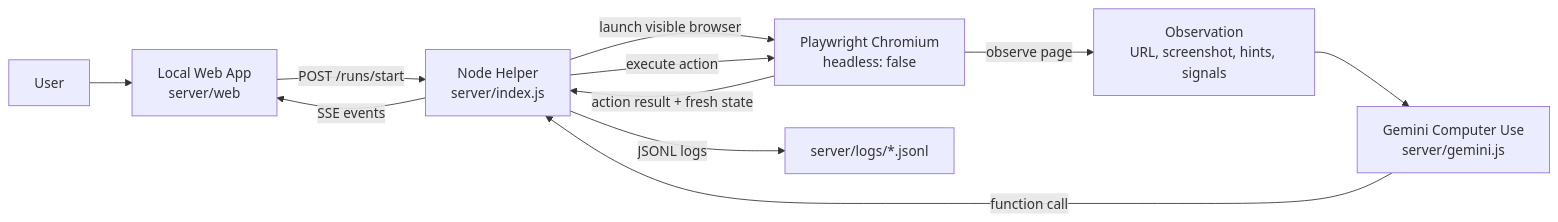
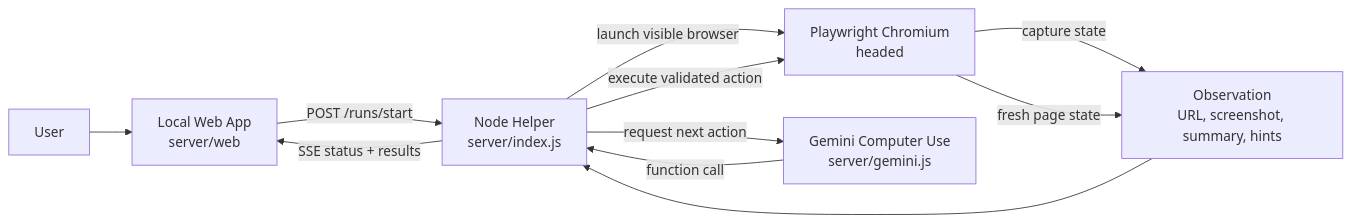
The diagram in README.md (alonrk/gemini-computer-use), drawn with Mermaid before and after one commit. The commit also changed other lines of this file and 5 other files, not shown here.

````diff
--- a/README.md
+++ b/README.md
@@ -33,13 +33,13 @@
 ```mermaid
 flowchart LR
     U["User"] --> W["Local Web App<br/>server/web"]
     W -->|POST /runs/start| S["Node Helper<br/>server/index.js"]
-    S -->|launch visible browser| P["Playwright Chromium<br/>headless: false"]
-    P -->|observe page| O["Observation<br/>URL, screenshot, hints, signals"]
-    O --> G["Gemini Computer Use<br/>server/gemini.js"]
+    S -->|launch visible browser| P["Playwright Chromium<br/>headed"]
+    P -->|capture state| O["Observation<br/>URL, screenshot, summary, hints"]
+    O --> S
+    S -->|request next action| G["Gemini Computer Use<br/>server/gemini.js"]
     G -->|function call| S
-    S -->|execute action| P
-    P -->|action result + fresh state| S
-    S -->|SSE events| W
-    S -->|JSONL logs| L["server/logs/*.jsonl"]
+    S -->|execute validated action| P
+    P -->|fresh page state| O
+    S -->|SSE status + results| W
 ```
````
